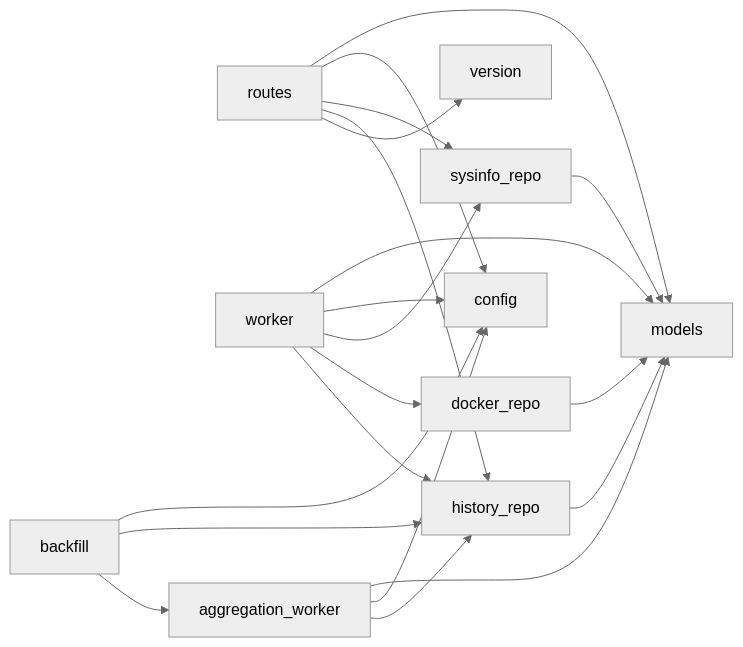
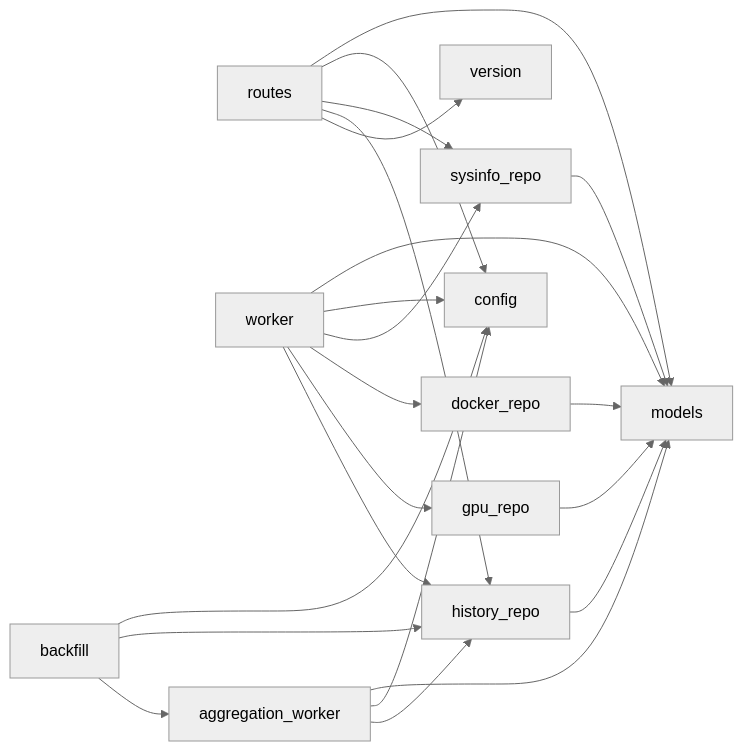
One commit to DarkseidAM/homeserver_rust changed the second of 3 diagrams in CODEBASE.md. Above: the diagram before and after it, drawn with Mermaid (neutral theme). The commit also changed other lines of this file and 31 other files, not shown here.

First line of the commit message:
feat(gpu): NVIDIA(NVML)+AMD/Intel(sysfs) GPU metrics, schema v4

````diff
--- a/CODEBASE.md
+++ b/CODEBASE.md
@@ -109,33 +115,36 @@
 ```mermaid
 graph LR
     config["config"]
     models["models"]
     version["version"]
     sysinfo_repo["sysinfo_repo"]
     docker_repo["docker_repo"]
     history_repo["history_repo"]
     routes["routes"]
     worker["worker"]
     aggregation_worker["aggregation_worker"]
     backfill["backfill"]
 
     sysinfo_repo --> models
     docker_repo --> models
+    gpu_repo["gpu_repo"]
     history_repo --> models
     routes --> models
     routes --> config
     routes --> sysinfo_repo
     routes --> history_repo
     worker --> models
     worker --> config
     worker --> sysinfo_repo
     worker --> docker_repo
+    worker --> gpu_repo
+    gpu_repo --> models
     worker --> history_repo
     aggregation_worker --> models
     aggregation_worker --> config
     aggregation_worker --> history_repo
     backfill --> config
     backfill --> history_repo
     backfill --> aggregation_worker
     routes --> version
 ```
````
